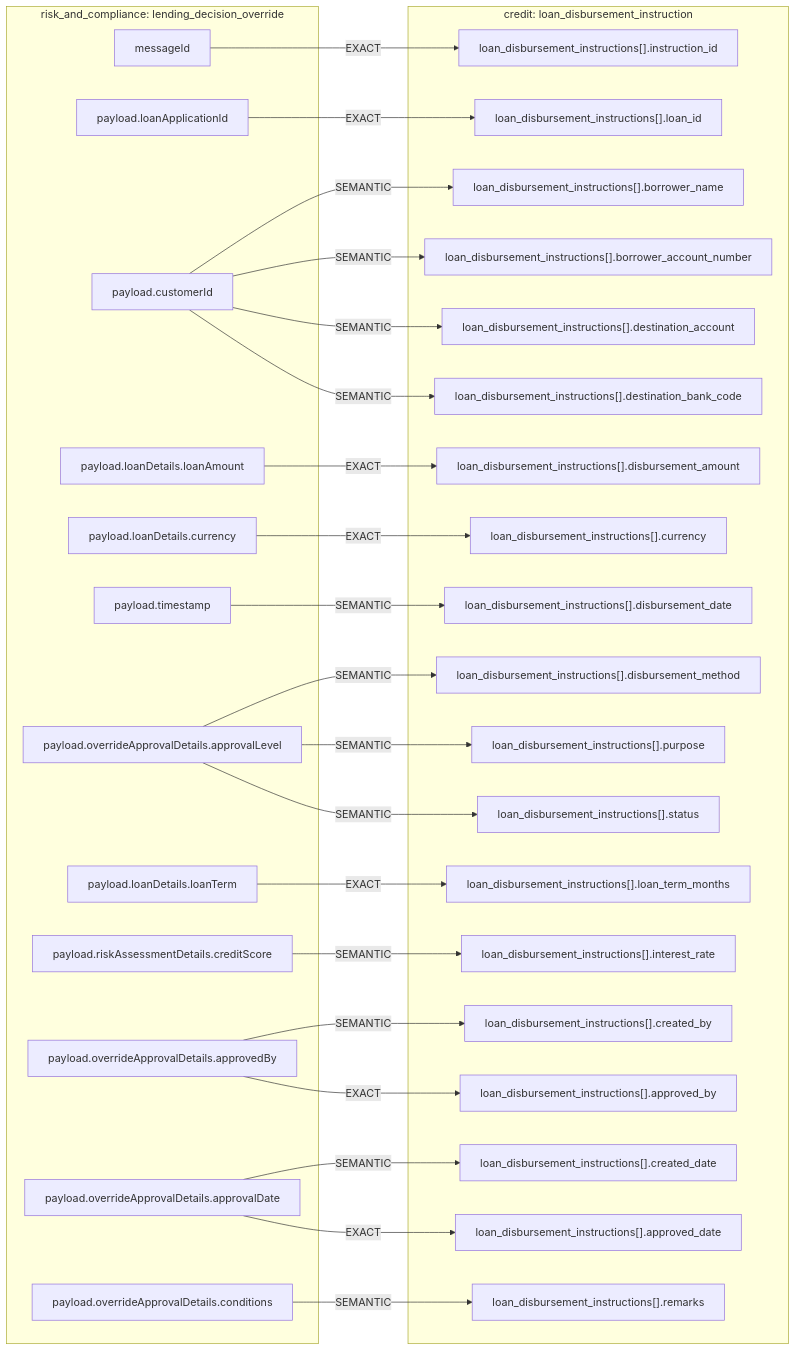
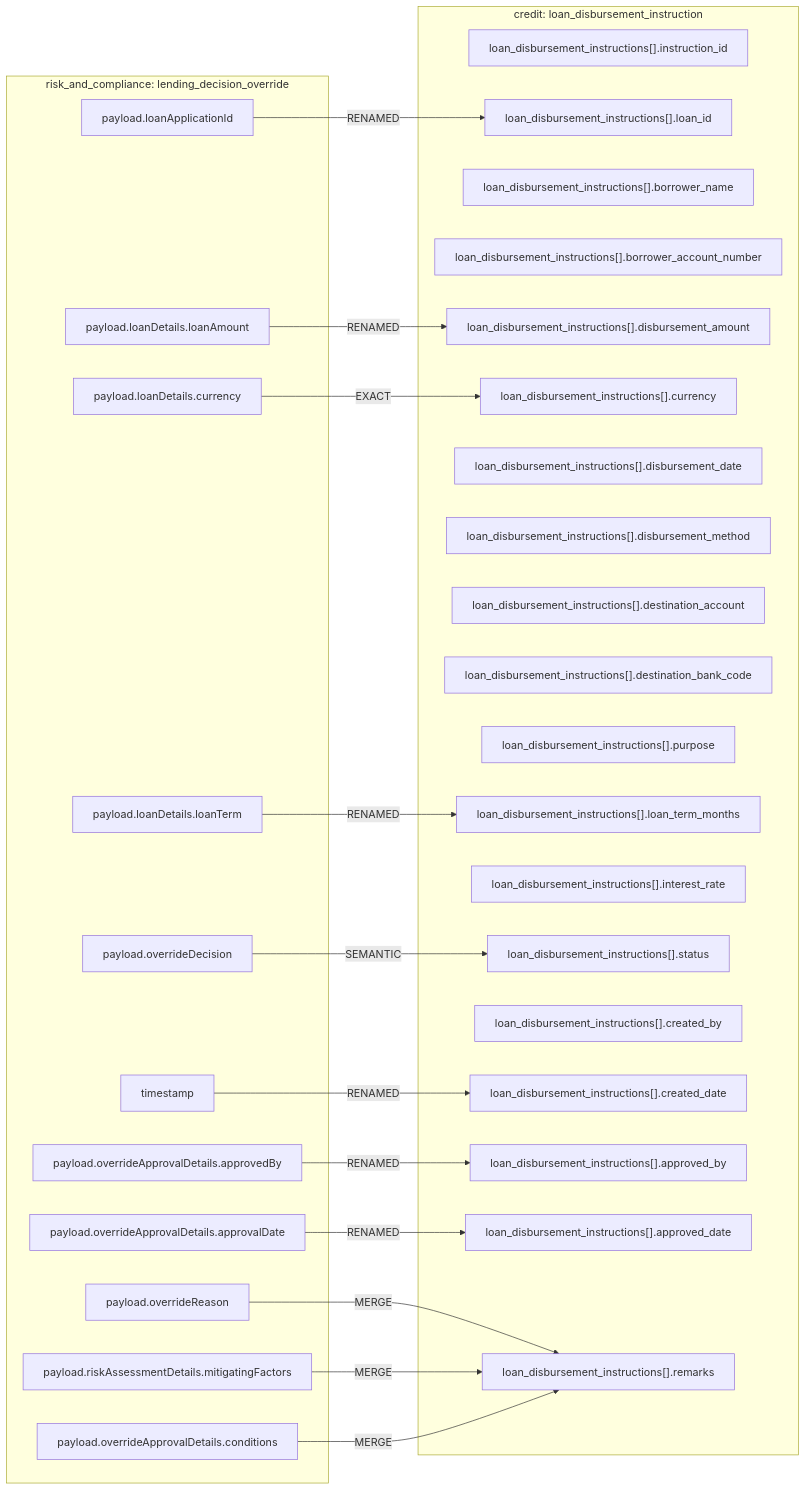
The diagram in mermaids/credit/accounts/loan_disbursement_instruction__from__risk_and_compliance__lending_decision_override.mmd (MAKWilkinson/HSBC-Data-Fabric-PoC-v2), drawn with Mermaid before and after one commit. The commit also changed 447 other files, not shown here.

```diff
--- a/mermaids/credit/accounts/loan_disbursement_instruction__from__risk_and_compliance__lending_decision_override.mmd
+++ b/mermaids/credit/accounts/loan_disbursement_instruction__from__risk_and_compliance__lending_decision_override.mmd
@@ -1,55 +1,46 @@
 flowchart LR
   subgraph IN["risk_and_compliance: lending_decision_override"]
-    in_messageId["messageId"]
     in_payload_loanApplicationId["payload.loanApplicationId"]
-    in_payload_customerId["payload.customerId"]
     in_payload_loanDetails_loanAmount["payload.loanDetails.loanAmount"]
     in_payload_loanDetails_currency["payload.loanDetails.currency"]
-    in_payload_timestamp["payload.timestamp"]
-    in_payload_overrideApprovalDetails_approvalLevel["payload.overrideApprovalDetails.approvalLevel"]
     in_payload_loanDetails_loanTerm["payload.loanDetails.loanTerm"]
-    in_payload_riskAssessmentDetails_creditScore["payload.riskAssessmentDetails.creditScore"]
+    in_payload_overrideDecision["payload.overrideDecision"]
+    in_timestamp["timestamp"]
     in_payload_overrideApprovalDetails_approvedBy["payload.overrideApprovalDetails.approvedBy"]
     in_payload_overrideApprovalDetails_approvalDate["payload.overrideApprovalDetails.approvalDate"]
+    in_payload_overrideReason["payload.overrideReason"]
+    in_payload_riskAssessmentDetails_mitigatingFactors["payload.riskAssessmentDetails.mitigatingFactors"]
     in_payload_overrideApprovalDetails_conditions["payload.overrideApprovalDetails.conditions"]
   end
   subgraph OUT["credit: loan_disbursement_instruction"]
     out_loan_disbursement_instructions___instruction_id["loan_disbursement_instructions[].instruction_id"]
     out_loan_disbursement_instructions___loan_id["loan_disbursement_instructions[].loan_id"]
     out_loan_disbursement_instructions___borrower_name["loan_disbursement_instructions[].borrower_name"]
     out_loan_disbursement_instructions___borrower_account_number["loan_disbursement_instructions[].borrower_account_number"]
     out_loan_disbursement_instructions___disbursement_amount["loan_disbursement_instructions[].disbursement_amount"]
     out_loan_disbursement_instructions___currency["loan_disbursement_instructions[].currency"]
     out_loan_disbursement_instructions___disbursement_date["loan_disbursement_instructions[].disbursement_date"]
     out_loan_disbursement_instructions___disbursement_method["loan_disbursement_instructions[].disbursement_method"]
     out_loan_disbursement_instructions___destination_account["loan_disbursement_instructions[].destination_account"]
     out_loan_disbursement_instructions___destination_bank_code["loan_disbursement_instructions[].destination_bank_code"]
     out_loan_disbursement_instructions___purpose["loan_disbursement_instructions[].purpose"]
     out_loan_disbursement_instructions___loan_term_months["loan_disbursement_instructions[].loan_term_months"]
     out_loan_disbursement_instructions___interest_rate["loan_disbursement_instructions[].interest_rate"]
     out_loan_disbursement_instructions___status["loan_disbursement_instructions[].status"]
     out_loan_disbursement_instructions___created_by["loan_disbursement_instructions[].created_by"]
     out_loan_disbursement_instructions___created_date["loan_disbursement_instructions[].created_date"]
     out_loan_disbursement_instructions___approved_by["loan_disbursement_instructions[].approved_by"]
     out_loan_disbursement_instructions___approved_date["loan_disbursement_instructions[].approved_date"]
     out_loan_disbursement_instructions___remarks["loan_disbursement_instructions[].remarks"]
   end
-  in_messageId -->|EXACT| out_loan_disbursement_instructions___instruction_id
-  in_payload_loanApplicationId -->|EXACT| out_loan_disbursement_instructions___loan_id
-  in_payload_customerId -->|SEMANTIC| out_loan_disbursement_instructions___borrower_name
-  in_payload_customerId -->|SEMANTIC| out_loan_disbursement_instructions___borrower_account_number
-  in_payload_loanDetails_loanAmount -->|EXACT| out_loan_disbursement_instructions___disbursement_amount
+  in_payload_loanApplicationId -->|RENAMED| out_loan_disbursement_instructions___loan_id
+  in_payload_loanDetails_loanAmount -->|RENAMED| out_loan_disbursement_instructions___disbursement_amount
   in_payload_loanDetails_currency -->|EXACT| out_loan_disbursement_instructions___currency
-  in_payload_timestamp -->|SEMANTIC| out_loan_disbursement_instructions___disbursement_date
-  in_payload_overrideApprovalDetails_approvalLevel -->|SEMANTIC| out_loan_disbursement_instructions___disbursement_method
-  in_payload_customerId -->|SEMANTIC| out_loan_disbursement_instructions___destination_account
-  in_payload_customerId -->|SEMANTIC| out_loan_disbursement_instructions___destination_bank_code
-  in_payload_overrideApprovalDetails_approvalLevel -->|SEMANTIC| out_loan_disbursement_instructions___purpose
-  in_payload_loanDetails_loanTerm -->|EXACT| out_loan_disbursement_instructions___loan_term_months
-  in_payload_riskAssessmentDetails_creditScore -->|SEMANTIC| out_loan_disbursement_instructions___interest_rate
-  in_payload_overrideApprovalDetails_approvalLevel -->|SEMANTIC| out_loan_disbursement_instructions___status
-  in_payload_overrideApprovalDetails_approvedBy -->|SEMANTIC| out_loan_disbursement_instructions___created_by
-  in_payload_overrideApprovalDetails_approvalDate -->|SEMANTIC| out_loan_disbursement_instructions___created_date
-  in_payload_overrideApprovalDetails_approvedBy -->|EXACT| out_loan_disbursement_instructions___approved_by
-  in_payload_overrideApprovalDetails_approvalDate -->|EXACT| out_loan_disbursement_instructions___approved_date
-  in_payload_overrideApprovalDetails_conditions -->|SEMANTIC| out_loan_disbursement_instructions___remarks
+  in_payload_loanDetails_loanTerm -->|RENAMED| out_loan_disbursement_instructions___loan_term_months
+  in_payload_overrideDecision -->|SEMANTIC| out_loan_disbursement_instructions___status
+  in_timestamp -->|RENAMED| out_loan_disbursement_instructions___created_date
+  in_payload_overrideApprovalDetails_approvedBy -->|RENAMED| out_loan_disbursement_instructions___approved_by
+  in_payload_overrideApprovalDetails_approvalDate -->|RENAMED| out_loan_disbursement_instructions___approved_date
+  in_payload_overrideReason -->|MERGE| out_loan_disbursement_instructions___remarks
+  in_payload_riskAssessmentDetails_mitigatingFactors -->|MERGE| out_loan_disbursement_instructions___remarks
+  in_payload_overrideApprovalDetails_conditions -->|MERGE| out_loan_disbursement_instructions___remarks
```
